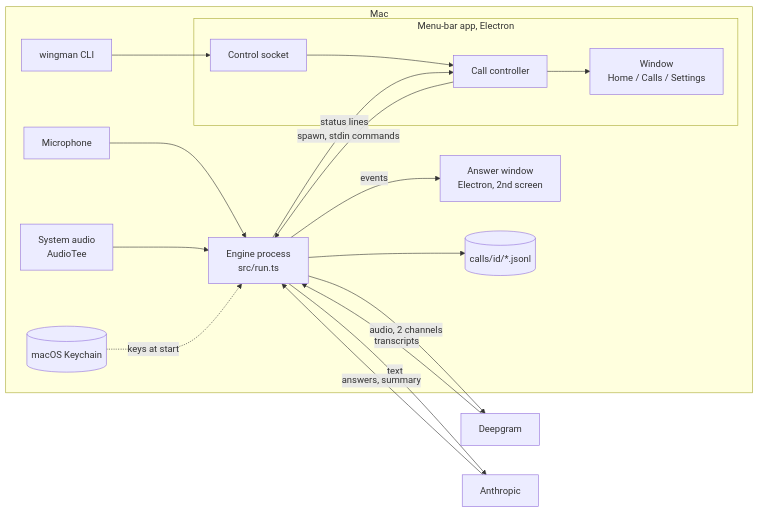
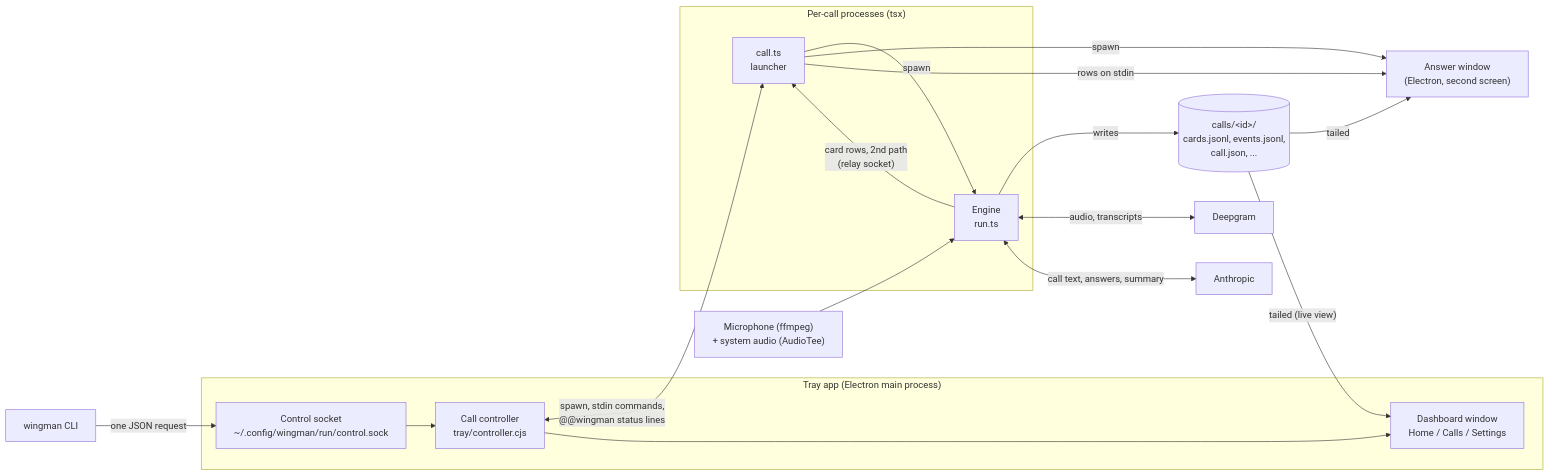
The diagram in docs/ARCHITECTURE.md (koren850/wingman), drawn with Mermaid before and after one commit. The commit also changed other lines of this file, not shown here.

Commit message:
Architecture: add a process diagram near the top
The diagram shows the tray app, dashboard window, answer window, per-call
processes, CLI, control and relay sockets, call files and the two cloud
providers, checked against call.ts, relay.ts and the overlay main process.

````diff
--- a/docs/ARCHITECTURE.md
+++ b/docs/ARCHITECTURE.md
@@ -83,22 +20,25 @@
 ```mermaid
 flowchart LR
-  subgraph Mac
-    MIC[Microphone] --> ENG
-    SYS[System audio\nAudioTee] --> ENG
-    subgraph APP[Menu-bar app, Electron]
-      CTL[Call controller]
-      WIN[Window\nHome / Calls / Settings]
-      SOCK[Control socket]
-    end
-    CLI[wingman CLI] --> SOCK --> CTL
-    CTL -->|spawn, stdin commands| ENG[Engine process\nsrc/run.ts]
-    ENG -->|status lines| CTL --> WIN
-    ENG -->|events| OVL[Answer window\nElectron, 2nd screen]
-    ENG --> FILES[(calls/id/*.jsonl)]
-    KC[(macOS Keychain)] -.keys at start.-> ENG
+  subgraph APP["Tray app (Electron main process)"]
+    CTL["Call controller<br/>tray/controller.cjs"]
+    WIN["Dashboard window<br/>Home / Calls / Settings"]
+    SOCK["Control socket<br/>~/.config/wingman/run/control.sock"]
   end
-  ENG -->|audio, 2 channels| DG[Deepgram]
-  DG -->|transcripts| ENG
-  ENG -->|text| AN[Anthropic]
-  AN -->|answers, summary| ENG
+  CLI["wingman CLI"] -->|"one JSON request"| SOCK --> CTL
+  CTL <-->|"spawn, stdin commands,<br/>@@wingman status lines"| CALL
+  CTL --> WIN
+  subgraph PER["Per-call processes (tsx)"]
+    CALL["call.ts<br/>launcher"]
+    ENG["Engine<br/>run.ts"]
+  end
+  CALL -->|spawn| ENG
+  CALL -->|spawn| OVL["Answer window<br/>(Electron, second screen)"]
+  ENG -->|"card rows, 2nd path<br/>(relay socket)"| CALL
+  CALL -->|"rows on stdin"| OVL
+  ENG -->|"writes"| FILES[("calls/&lt;id&gt;/<br/>cards.jsonl, events.jsonl,<br/>call.json, ...")]
+  FILES -->|"tailed"| OVL
+  FILES -->|"tailed (live view)"| WIN
+  MIC["Microphone (ffmpeg)<br/>+ system audio (AudioTee)"] --> ENG
+  ENG <-->|"audio, transcripts"| DG["Deepgram"]
+  ENG <-->|"call text, answers, summary"| AN["Anthropic"]
 ```
````
